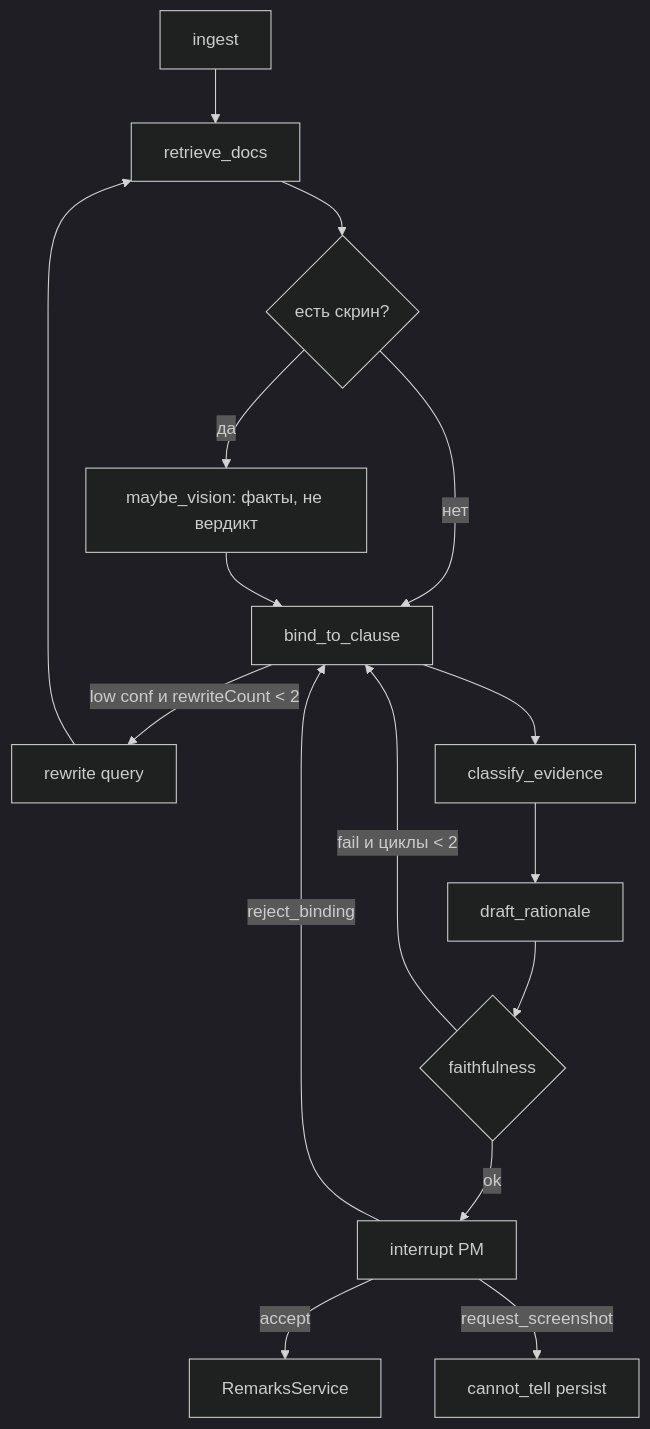
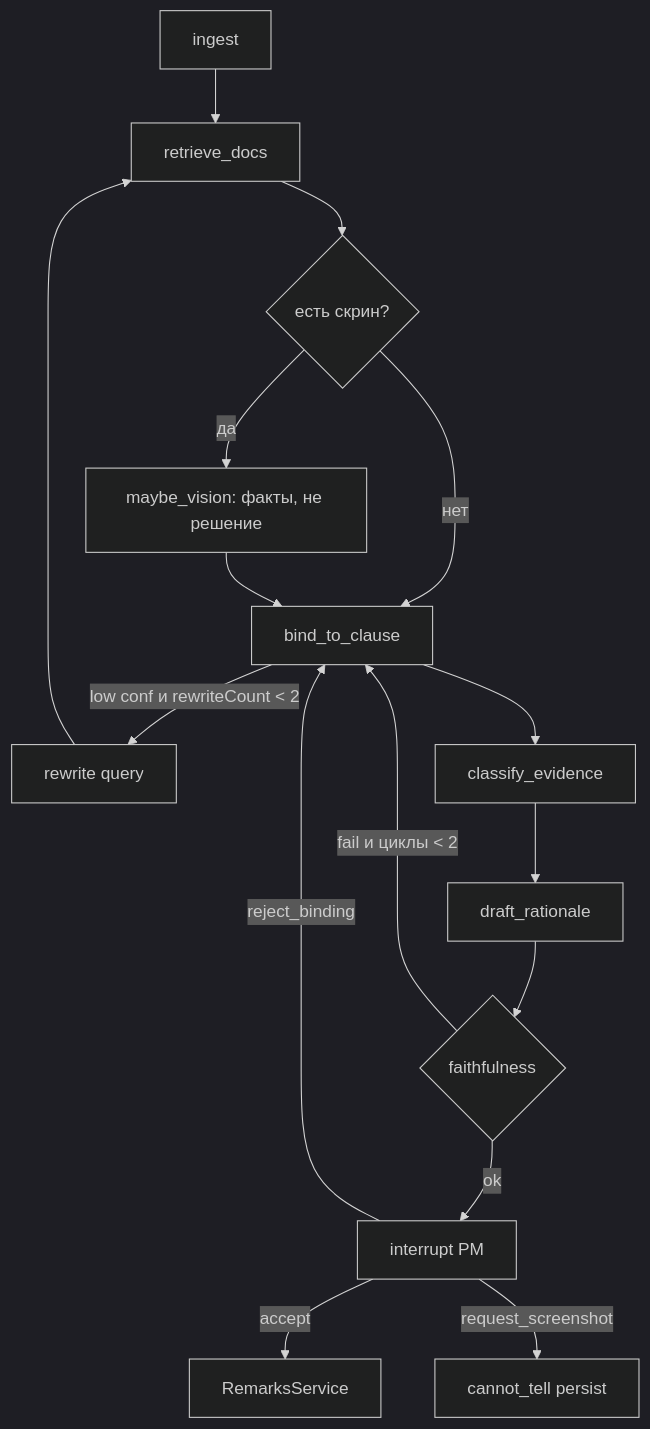
One commit to Dunenbetov/remark-round changed the first of 2 diagrams in docs/GRAPH.md. Above: the diagram before and after it, drawn with Mermaid (dark theme). The commit also changed other lines of this file and 59 other files, not shown here.

````diff
--- a/docs/GRAPH.md
+++ b/docs/GRAPH.md
@@ -31,18 +31,18 @@
 ```mermaid
 flowchart TD
   ingest[ingest] --> retrieve[retrieve_docs]
   retrieve --> vision{есть скрин?}
-  vision -->|да| facts[maybe_vision: факты, не вердикт]
+  vision -->|да| facts[maybe_vision: факты, не решение]
   vision -->|нет| bind
   facts --> bind[bind_to_clause]
   bind -->|low conf и rewriteCount < 2| rewrite[rewrite query]
   rewrite --> retrieve
   bind --> classify[classify_evidence]
   classify --> draft[draft_rationale]
   draft --> faith{faithfulness}
   faith -->|fail и циклы < 2| bind
   faith -->|ok| hitl[interrupt PM]
   hitl -->|accept| persist[RemarksService]
   hitl -->|reject_binding| bind
   hitl -->|request_screenshot| pause[cannot_tell persist]
 ```
````
